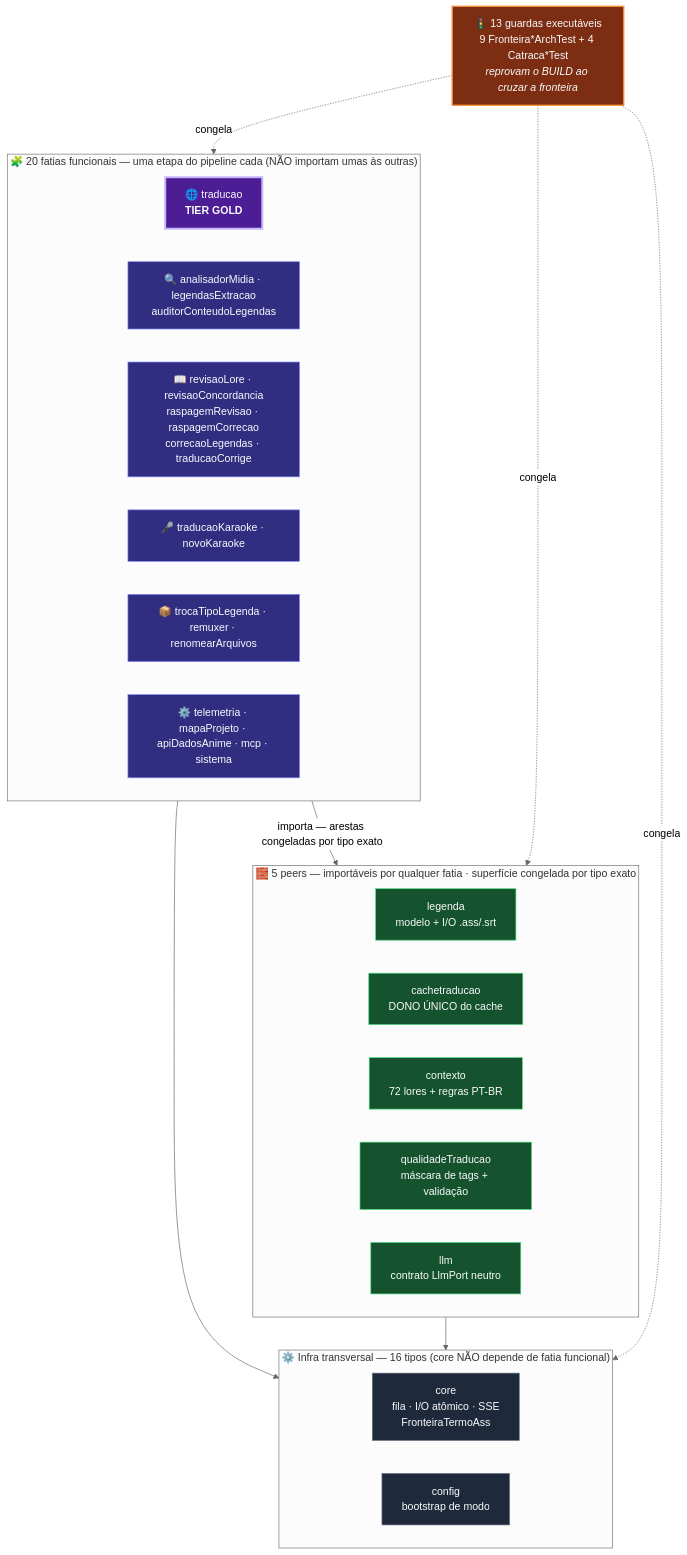
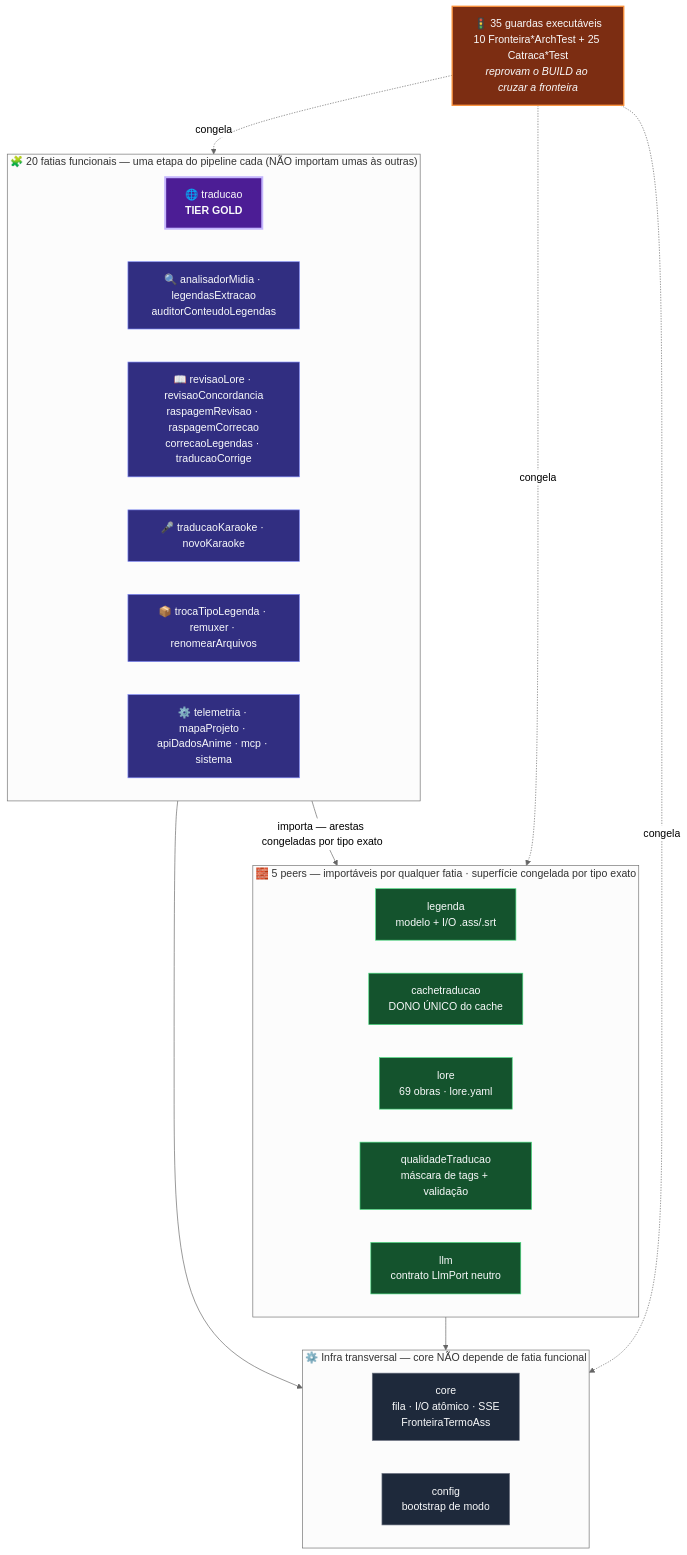
The first of 5 diagrams in docs/arquitetura.md (carmipa/traducao_animes_llm_local_quarkus-1), drawn with Mermaid (neutral theme) before and after one commit. The commit also changed other lines of this file and 35 other files, not shown here.

````diff
--- a/docs/arquitetura.md
+++ b/docs/arquitetura.md
@@ -70,47 +91,47 @@
 ```mermaid
 graph TB
     subgraph FUNC["🧩 20 fatias funcionais — uma etapa do pipeline cada (NÃO importam umas às outras)"]
         direction LR
         TRAD["🌐 traducao<br/><b>TIER GOLD</b>"]
         PREP["🔍 analisadorMidia · legendasExtracao<br/>auditorConteudoLegendas"]
         QUALF["📖 revisaoLore · revisaoConcordancia<br/>raspagemRevisao · raspagemCorrecao<br/>correcaoLegendas · traducaoCorrige"]
         KAR["🎤 traducaoKaraoke · novoKaraoke"]
         FIM["📦 trocaTipoLegenda · remuxer · renomearArquivos"]
         SIS["⚙️ telemetria · mapaProjeto · apiDadosAnime · mcp · sistema"]
     end
 
     subgraph PEERS["🧱 5 peers — importáveis por qualquer fatia · superfície congelada por tipo exato"]
         direction LR
         LEG["legenda<br/>modelo + I/O .ass/.srt"]
         CACHE["cachetraducao<br/>DONO ÚNICO do cache"]
-        CTX["contexto<br/>72 lores + regras PT-BR"]
+        CTX["lore<br/>69 obras · lore.yaml"]
         QUAL["qualidadeTraducao<br/>máscara de tags + validação"]
         LLM["llm<br/>contrato LlmPort neutro"]
     end
 
-    subgraph BASE["⚙️ Infra transversal — 16 tipos (core NÃO depende de fatia funcional)"]
+    subgraph BASE["⚙️ Infra transversal — core NÃO depende de fatia funcional"]
         direction LR
         CORE["core<br/>fila · I/O atômico · SSE<br/>FronteiraTermoAss"]
         CFG["config<br/>bootstrap de modo"]
     end
 
-    GUARD["🚦 13 guardas executáveis<br/>9 Fronteira*ArchTest + 4 Catraca*Test<br/><i>reprovam o BUILD ao cruzar a fronteira</i>"]
+    GUARD["🚦 35 guardas executáveis<br/>10 Fronteira*ArchTest + 25 Catraca*Test<br/><i>reprovam o BUILD ao cruzar a fronteira</i>"]
 
     FUNC -->|"importa — arestas congeladas por tipo exato"| PEERS
     FUNC --> BASE
     PEERS --> BASE
     GUARD -.->|congela| FUNC
     GUARD -.->|congela| PEERS
     GUARD -.->|congela| BASE
 
     classDef func fill:#312e81,stroke:#818CF8,color:#F9FAFB
     classDef gold fill:#4c1d95,stroke:#C4B5FD,color:#F9FAFB,stroke-width:3px
     classDef peer fill:#14532d,stroke:#4ADE80,color:#F9FAFB
     classDef base fill:#1e293b,stroke:#6B7280,color:#F9FAFB
     classDef guard fill:#7c2d12,stroke:#FB923C,color:#F9FAFB,stroke-width:2px
     class PREP,QUALF,KAR,FIM,SIS func
     class TRAD gold
     class LEG,CACHE,CTX,QUAL,LLM peer
     class CORE,CFG base
     class GUARD guard
 ```
````
